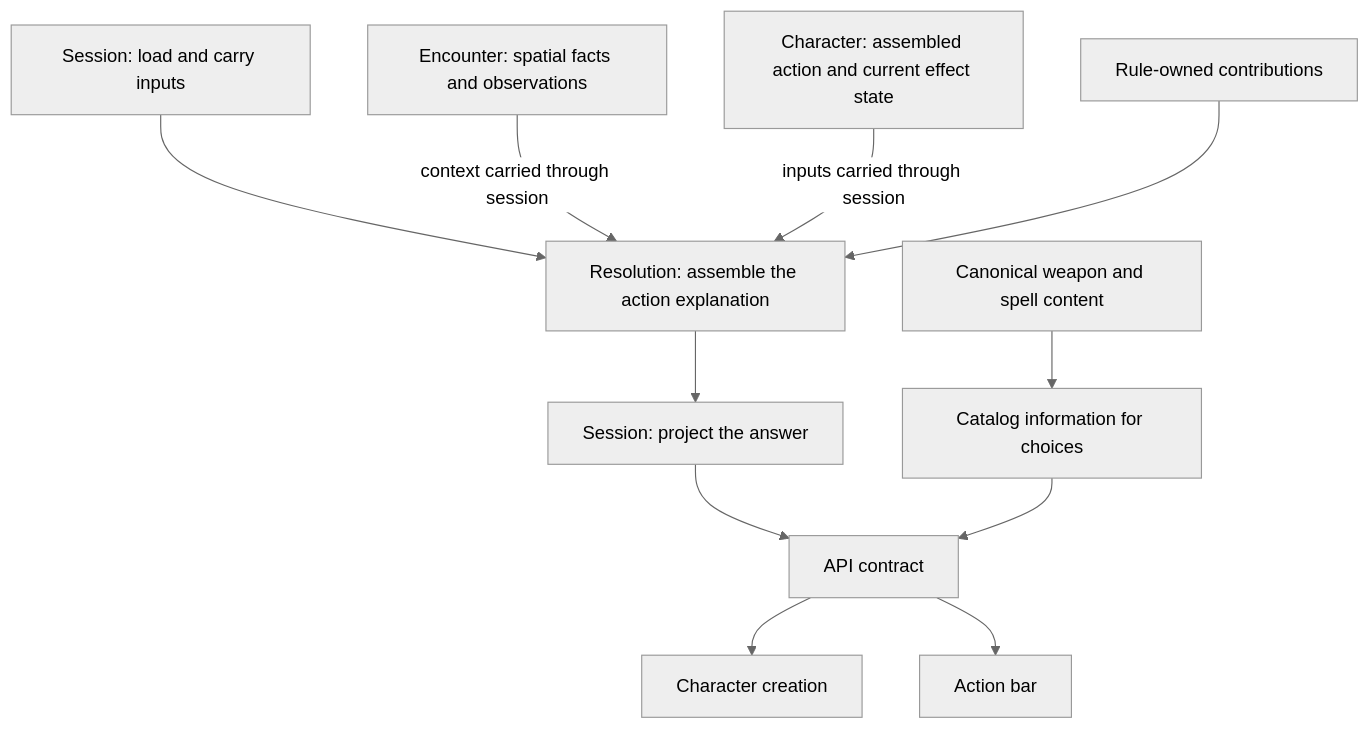
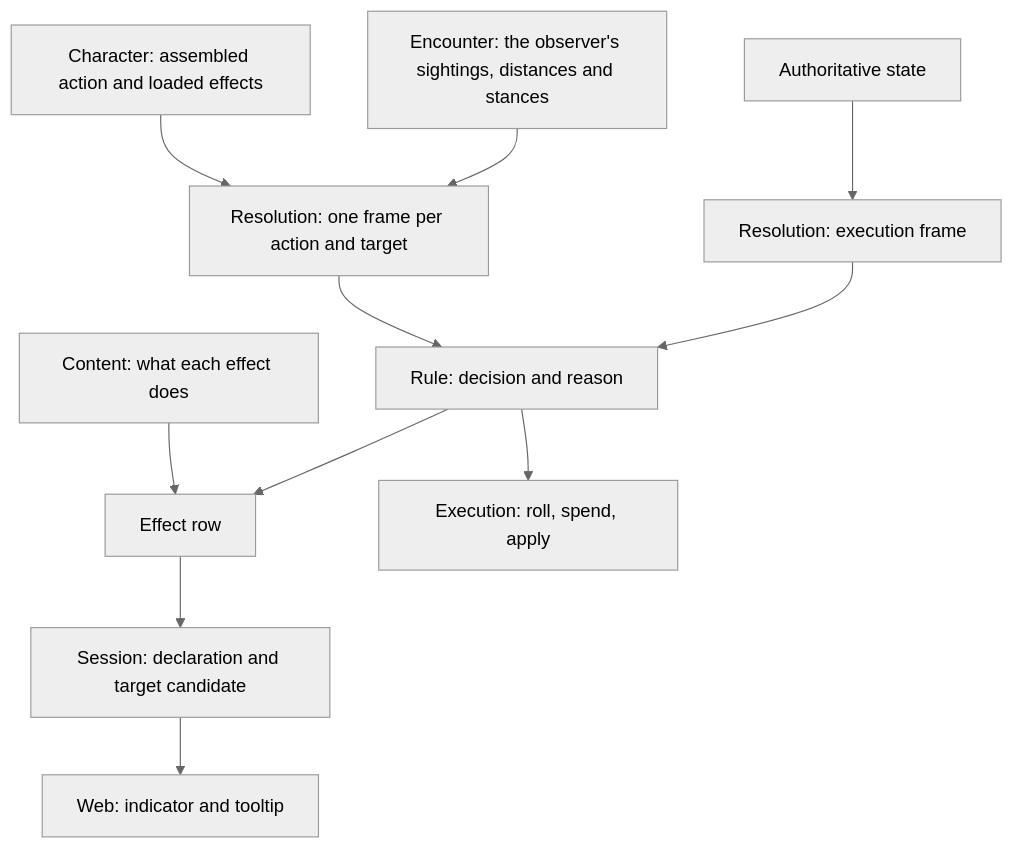
The diagram in ideas/weapon-spell-information/design.md (KirkDiggler/rpg-project), drawn with Mermaid (neutral theme) before and after one commit. The commit also changed other lines of this file and 9 other files, not shown here.

First line of the commit message:
docs: rewrite effect information as one what-applies design (#520)

````diff
--- a/ideas/weapon-spell-information/design.md
+++ b/ideas/weapon-spell-information/design.md
@@ -5,13 +5,13 @@
 ```mermaid
 flowchart TD
-    Session[Session: load and carry inputs] --> Resolution[Resolution: assemble the action explanation]
-    Encounter[Encounter: spatial facts and observations] -->|context carried through session| Resolution
-    Character[Character: assembled action and current effect state] -->|inputs carried through session| Resolution
-    Contributions[Rule-owned contributions] --> Resolution
-    Resolution --> Answer[Session: project the answer]
-    Content[Canonical weapon and spell content] --> Catalog[Catalog information for choices]
-    Answer --> Wire[API contract]
-    Catalog --> Wire
-    Wire --> Creation[Character creation]
-    Wire --> Play[Action bar]
+    Content[Content: what each effect does] --> Row
+    Character[Character: assembled action and loaded effects] --> Frame
+    Encounter[Encounter: the observer's sightings, distances and stances] --> Frame
+    Frame[Resolution: one frame per action and target] --> Rule[Rule: decision and reason]
+    Rule --> Row[Effect row]
+    Row --> Declaration[Session: declaration and target candidate]
+    Declaration --> Web[Web: indicator and tooltip]
+    Truth[Authoritative state] --> ExecFrame[Resolution: execution frame]
+    ExecFrame --> Rule
+    Rule --> Execution[Execution: roll, spend, apply]
 ```
````
